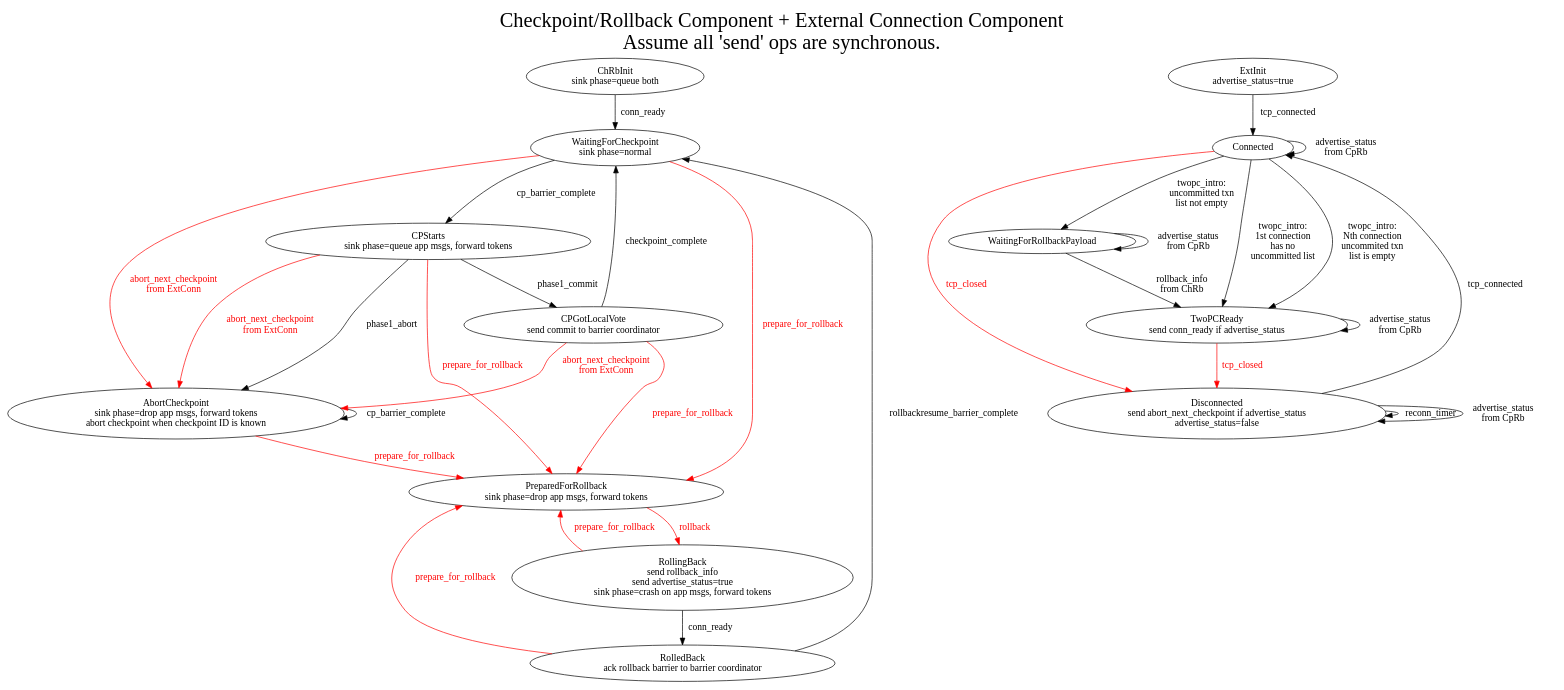
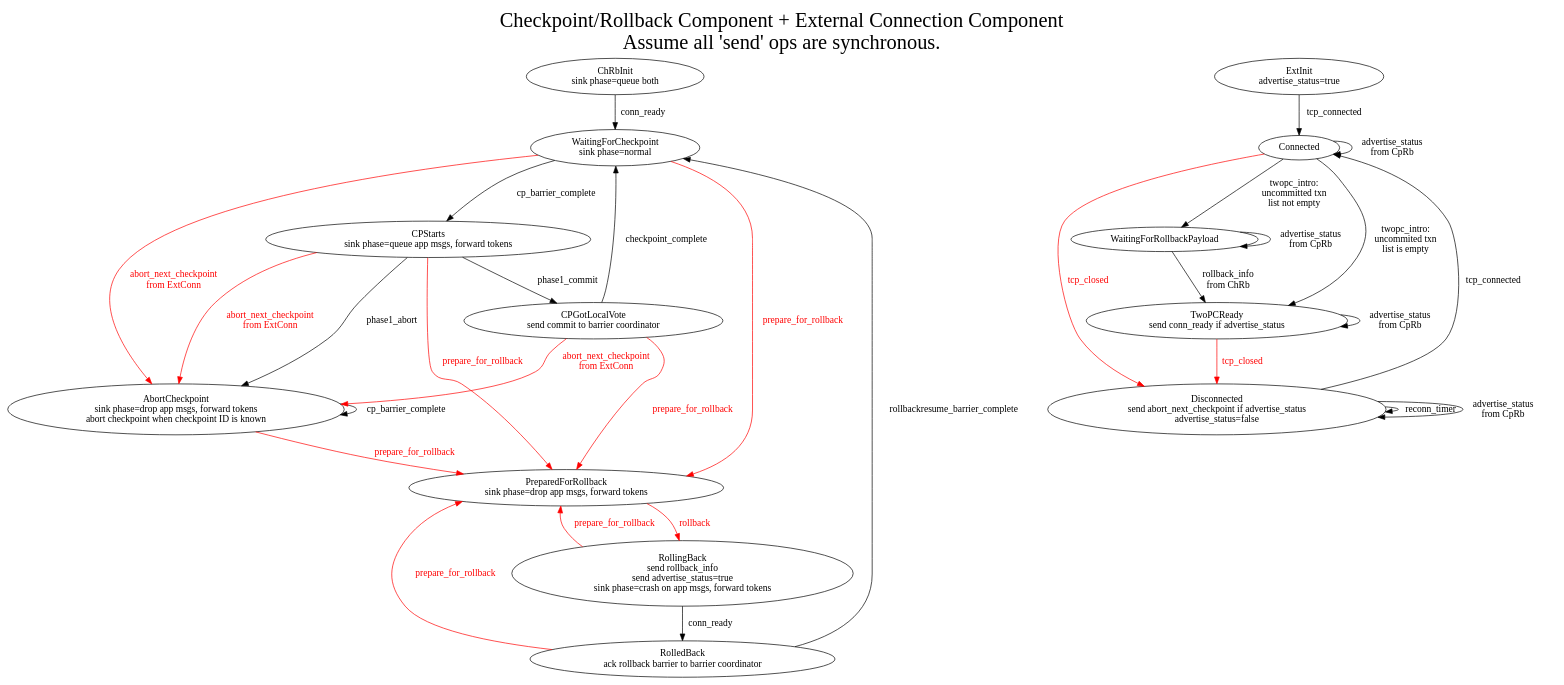
One commit to WallarooLabs/wally changed the diagram in lib/wallaroo/core/sink/connector_sink/connector-sink-2pc-management.dot. Above: the diagram before and after it, drawn with Graphviz. The commit also changed 1 other file, not shown here.

Commit message:
WIP: _ExtConnConnected: crashless path works, no app data sent to sink

```diff
--- a/lib/wallaroo/core/sink/connector_sink/connector-sink-2pc-management.dot
+++ b/lib/wallaroo/core/sink/connector_sink/connector-sink-2pc-management.dot
@@ -1,83 +1,82 @@
 digraph mashup {
     graph [label="Checkpoint/Rollback Component + External Connection Component\nAssume all 'send' ops are synchronous.",labelloc=t,fontsize=30];
 
     ## BEGIN LEFT
     subgraph checkpoint_rollback_component {
 	graph [label="SUB Checkpoint/Rollback Component",labelloc=t,fontsize=20];
 
 	// Subgraphs
 	subgraph init {
             ChRbInit [label="ChRbInit\nsink phase=queue both"];
 	}
 	subgraph cp {
             WaitingForCheckpoint [label="WaitingForCheckpoint\nsink phase=normal"];
             AbortCheckpoint [label="AbortCheckpoint\nsink phase=drop app msgs, forward tokens\nabort checkpoint when checkpoint ID is known"];
 	}
 	subgraph sacp {
             CPStarts [label="CPStarts\nsink phase=queue app msgs, forward tokens"];
             CPGotLocalVote [label="CPGotLocalVote\nsend commit to barrier coordinator"];
             // CPGotGlobalVote; // Can we remove this node?
 
                                     CPStarts -> CPGotLocalVote [label="phase1_commit"];
             CPStarts -> AbortCheckpoint [label="phase1_abort"];
             CPGotLocalVote -> WaitingForCheckpoint [label="checkpoint_complete"];
 	}
 	subgraph rollback {
             PreparedForRollback [label="PreparedForRollback\nsink phase=drop app msgs, forward tokens"];
             RollingBack [label="RollingBack\nsend rollback_info\nsend advertise_status=true\nsink phase=crash on app msgs, forward tokens"];
             RolledBack [label="RolledBack\nack rollback barrier to barrier coordinator"];
 
             PreparedForRollback -> RollingBack [label="rollback",fontcolor=red,color=red];
 	}
 
 	// Other Edges
 	ChRbInit -> WaitingForCheckpoint [label="conn_ready"];
 
 	WaitingForCheckpoint -> CPStarts [label="cp_barrier_complete"];
 	AbortCheckpoint -> AbortCheckpoint [label="cp_barrier_complete"];
 
 	WaitingForCheckpoint -> PreparedForRollback [label="prepare_for_rollback",fontcolor=red,color=red];
 	AbortCheckpoint -> PreparedForRollback [label="prepare_for_rollback",fontcolor=red,color=red];
 	CPStarts -> PreparedForRollback [label="prepare_for_rollback",fontcolor=red,color=red];
 	CPGotLocalVote -> PreparedForRollback [label="prepare_for_rollback",fontcolor=red,color=red];
 
 	WaitingForCheckpoint -> AbortCheckpoint [label="abort_next_checkpoint\nfrom ExtConn",fontcolor=red,color=red];
 	CPStarts -> AbortCheckpoint [label="abort_next_checkpoint\nfrom ExtConn",fontcolor=red,color=red];
 	CPGotLocalVote -> AbortCheckpoint [label="abort_next_checkpoint\nfrom ExtConn",fontcolor=red,color=red];
 
 	RollingBack -> RolledBack [label="conn_ready"];
 	RollingBack -> PreparedForRollback [label="prepare_for_rollback",fontcolor=red,color=red];
 
 	RolledBack -> WaitingForCheckpoint [label="rollbackresume_barrier_complete"];
 	RolledBack -> PreparedForRollback [label="prepare_for_rollback",fontcolor=red,color=red];
     }
     ## END LEFT
 
     ## BEGIN RIGHT
     subgraph external_connection_component {
         graph [label="External Connection Component",labelloc=t,fontsize=30];
 
         ExtInit [label="ExtInit\nadvertise_status=true"];
         ## ExtInit -> ExtInit [label="reconn_timer"];
         ExtInit -> Connected [label="tcp_connected"];
         Connected -> Disconnected [label="tcp_closed",fontcolor=red,color=red];
         Connected -> Connected [label="advertise_status\nfrom CpRb"];
         Disconnected [label="Disconnected\nsend abort_next_checkpoint if advertise_status\nadvertise_status=false"];
         Disconnected -> Connected [label="tcp_connected"];
         Disconnected -> Disconnected [label="reconn_timer"];
         Disconnected -> Disconnected [label="advertise_status\nfrom CpRb"];
         Connected -> WaitingForRollbackPayload [label="twopc_intro:\nuncommitted txn\nlist not empty"];
-        Connected -> TwoPCReady [label="twopc_intro:\n1st connection\nhas no\nuncommitted list"];
-        Connected -> TwoPCReady [label="twopc_intro:\nNth connection\nuncommited txn\nlist is empty"];
+        Connected -> TwoPCReady [label="twopc_intro:\nuncommited txn\nlist is empty"];
         WaitingForRollbackPayload -> TwoPCReady [label="rollback_info\nfrom ChRb"];
         WaitingForRollbackPayload -> WaitingForRollbackPayload [label="advertise_status\nfrom CpRb"];
 
         TwoPCReady [label="TwoPCReady\nsend conn_ready if advertise_status"]
         TwoPCReady -> Disconnected [label="tcp_closed",fontcolor=red,color=red];
         TwoPCReady -> TwoPCReady [label="advertise_status\nfrom CpRb"]
     }
     # END RIGHT
 
     {rank=same; ChRbInit; ExtInit; };
     ## {rank=same; Disconnected; RollingBack; ; };
 }
```
